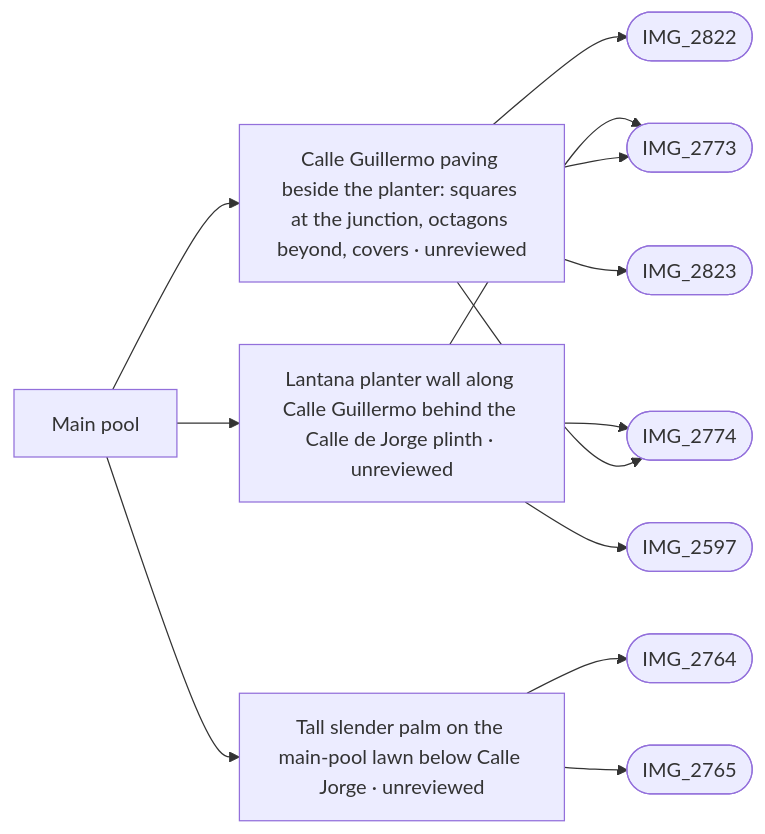
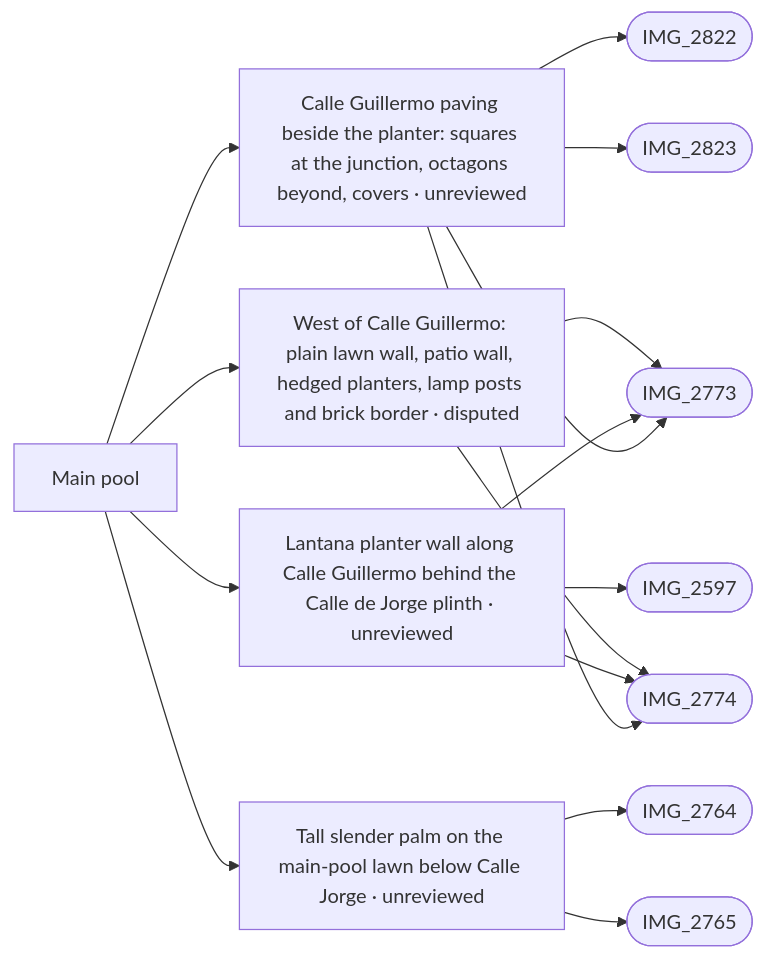
Before and after one commit to daveyboyc/villacana-venture: the diagram in refs/areas/main-pool.md, drawn with Mermaid. The commit also changed other lines of this file and 35 other files, not shown here.

First line of the commit message:
West of Calle Guillermo: plain lawn wall, patio wall, hedged planters, lamp posts and brick border (validation in progress)

````diff
--- a/refs/areas/main-pool.md
+++ b/refs/areas/main-pool.md
@@ -45,16 +45,19 @@
 ```mermaid
 graph LR
   A["Main pool"]
   A --> F0["Calle Guillermo paving beside the planter: squares at the junction, octagons beyond, covers · unreviewed"]
   F0 --> PIMG_2773_jpg(["IMG_2773"])
   F0 --> PIMG_2774_jpg(["IMG_2774"])
   F0 --> PIMG_2822_jpg(["IMG_2822"])
   F0 --> PIMG_2823_jpg(["IMG_2823"])
   A --> F1["Lantana planter wall along Calle Guillermo behind the Calle de Jorge plinth · unreviewed"]
   F1 --> PIMG_2597_jpg(["IMG_2597"])
   F1 --> PIMG_2773_jpg(["IMG_2773"])
   F1 --> PIMG_2774_jpg(["IMG_2774"])
-  A --> F2["Tall slender palm on the main-pool lawn below Calle Jorge · unreviewed"]
-  F2 --> PIMG_2764_jpg(["IMG_2764"])
-  F2 --> PIMG_2765_jpg(["IMG_2765"])
+  A --> F2["West of Calle Guillermo: plain lawn wall, patio wall, hedged planters, lamp posts and brick border · disputed"]
+  F2 --> PIMG_2773_jpg(["IMG_2773"])
+  F2 --> PIMG_2774_jpg(["IMG_2774"])
+  A --> F3["Tall slender palm on the main-pool lawn below Calle Jorge · unreviewed"]
+  F3 --> PIMG_2764_jpg(["IMG_2764"])
+  F3 --> PIMG_2765_jpg(["IMG_2765"])
 ```
````
